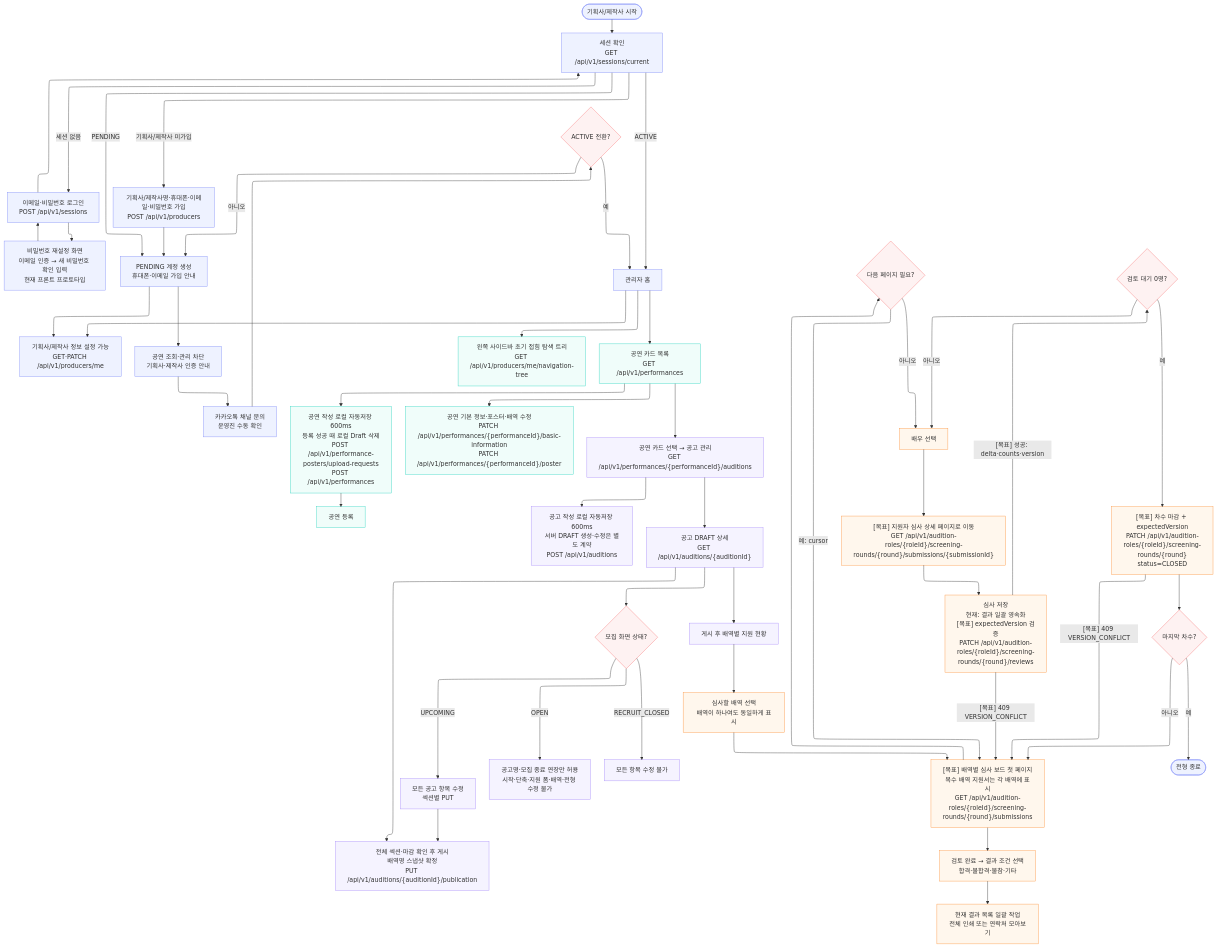
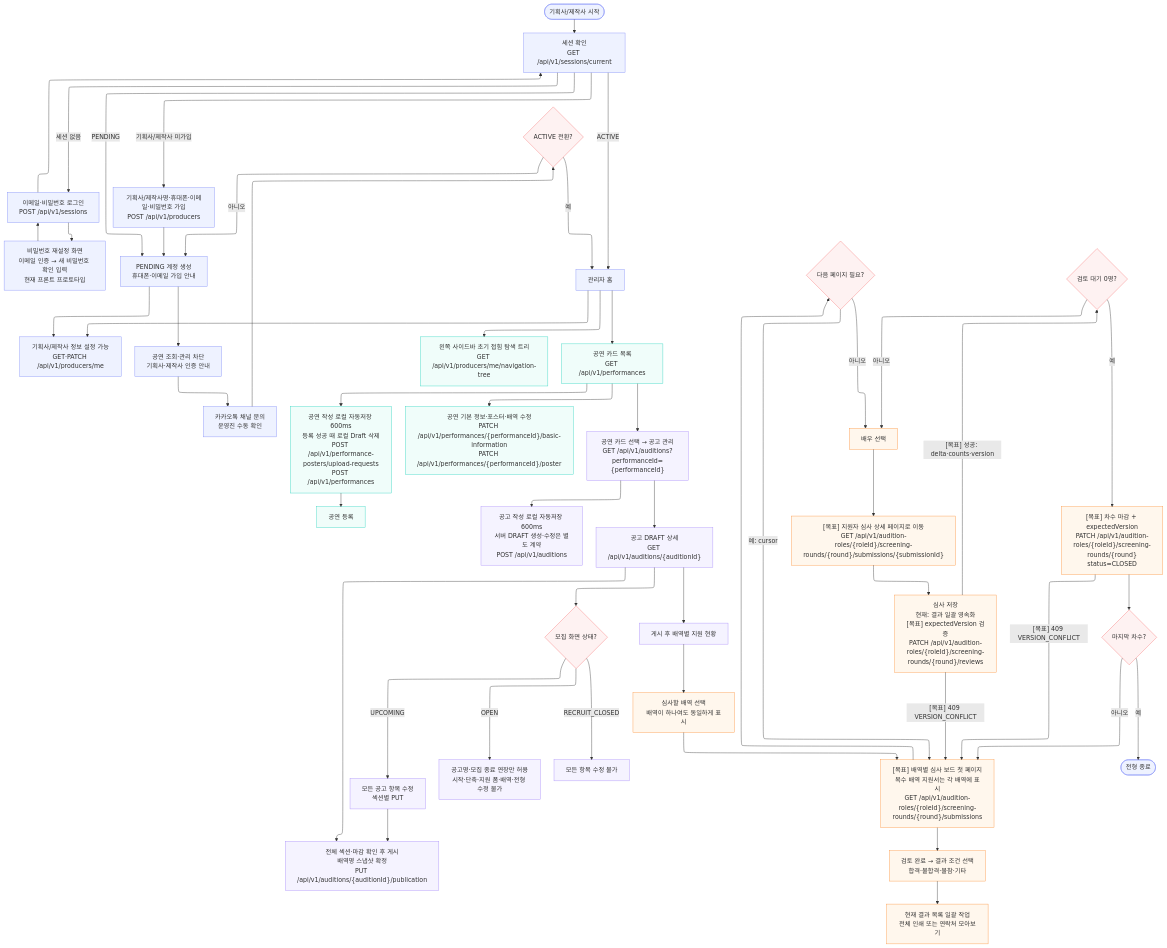
One commit to woowacourse-teams/2026-yesulin changed the diagram in docs/development/flows/producer.mmd. Above: the diagram before and after it, drawn with Mermaid. The commit also changed 6 other files, not shown here.

```diff
--- a/docs/development/flows/producer.mmd
+++ b/docs/development/flows/producer.mmd
@@ -1,57 +1,57 @@
 ---
 config:
   layout: elk
 ---
 flowchart TB
     START(["기획사/제작사 시작"]) --> SESSION["세션 확인<br>GET /api/v1/sessions/current"]
     SESSION -- 세션 없음 --> LOGIN["이메일·비밀번호 로그인<br>POST /api/v1/sessions"]
     LOGIN --> PASSWORD_RESET["비밀번호 재설정 화면<br>이메일 인증 → 새 비밀번호 확인 입력<br>현재 프론트 프로토타입"]
     PASSWORD_RESET --> LOGIN
     LOGIN --> SESSION
     SESSION -- 기획사/제작사 미가입 --> SIGNUP["기획사/제작사명·휴대폰·이메일·비밀번호 가입<br>POST /api/v1/producers"]
     SIGNUP --> PENDING["PENDING 계정 생성<br>휴대폰·이메일 가입 안내"]
     SESSION -- PENDING --> PENDING
     PENDING --> PROFILE["기획사/제작사 정보 설정 가능<br>GET·PATCH /api/v1/producers/me"]
     PENDING --> BLOCKED["공연 조회·관리 차단<br>기획사·제작사 인증 안내"]
     BLOCKED --> CONTACT["카카오톡 채널 문의<br>운영진 수동 확인"]
     CONTACT --> ACTIVE{"ACTIVE 전환?"}
     ACTIVE -- 아니오 --> PENDING
     ACTIVE -- 예 --> HOME["관리자 홈"]
     SESSION -- ACTIVE --> HOME
     HOME --> NAV["왼쪽 사이드바 초기 접힘 탐색 트리<br>GET /api/v1/producers/me/navigation-tree"] & PROFILE & PERF["공연 카드 목록<br>GET /api/v1/performances"]
-    PERF --> NEW_PERF["공연 작성 로컬 자동저장 600ms<br>등록 성공 때 로컬 Draft 삭제<br>POST /api/v1/performance-posters/upload-requests<br>POST /api/v1/performances"] & EDIT_PERF["공연 기본 정보·포스터·배역 수정<br>PATCH /api/v1/performances/{performanceId}/basic-information<br>PATCH /api/v1/performances/{performanceId}/poster"] & POSTINGS["공연 카드 선택 → 공고 관리<br>GET /api/v1/performances/{performanceId}/auditions"]
+    PERF --> NEW_PERF["공연 작성 로컬 자동저장 600ms<br>등록 성공 때 로컬 Draft 삭제<br>POST /api/v1/performance-posters/upload-requests<br>POST /api/v1/performances"] & EDIT_PERF["공연 기본 정보·포스터·배역 수정<br>PATCH /api/v1/performances/{performanceId}/basic-information<br>PATCH /api/v1/performances/{performanceId}/poster"] & POSTINGS["공연 카드 선택 → 공고 관리<br>GET /api/v1/auditions?performanceId={performanceId}"]
     NEW_PERF --> CREATE_PERF["공연 등록"]
     POSTINGS --> CREATE_POSTING["공고 작성 로컬 자동저장 600ms<br>서버 DRAFT 생성·수정은 별도 계약<br>POST /api/v1/auditions"] & POSTING_DETAIL["공고 DRAFT 상세<br>GET /api/v1/auditions/{auditionId}"]
     POSTING_DETAIL --> EDIT_POLICY{"모집 화면 상태?"} & PUBLISH["전체 섹션·마감 확인 후 게시<br>배역명 스냅샷 확정<br>PUT /api/v1/auditions/{auditionId}/publication"] & ROLES["게시 후 배역별 지원 현황"]
     EDIT_POLICY -- UPCOMING --> EDIT_POSTING["모든 공고 항목 수정<br>섹션별 PUT"]
     EDIT_POLICY -- OPEN --> EDIT_OPEN["공고명·모집 종료 연장만 허용<br>시작·단축·지원 폼·배역·전형 수정 불가"]
     EDIT_POLICY -- RECRUIT_CLOSED --> EDIT_BLOCKED["모든 항목 수정 불가"]
     EDIT_POSTING --> PUBLISH
     ROLES --> CHOOSE_ROLE["심사할 배역 선택<br>배역이 하나여도 동일하게 표시"]
     CHOOSE_ROLE --> BOARD["[목표] 배역별 심사 보드 첫 페이지<br>복수 배역 지원서는 각 배역에 표시<br>GET /api/v1/audition-roles/{roleId}/screening-rounds/{round}/submissions"]
     BOARD --> RESULT_FILTER["검토 완료 → 결과 조건 선택<br>합격·불합격·불참·기타"]
     RESULT_FILTER --> GROUP_ACTION["현재 결과 목록 일괄 작업<br>전체 인쇄 또는 연락처 모아보기"]
     BOARD --> MORE{"다음 페이지 필요?"}
     MORE -- 예: cursor --> BOARD
     MORE -- 아니오 --> SELECT["배우 선택"]
     SELECT --> APP_DETAIL["[목표] 지원자 심사 상세 페이지로 이동<br>GET /api/v1/audition-roles/{roleId}/screening-rounds/{round}/submissions/{submissionId}"]
     APP_DETAIL --> REVIEW["심사 저장<br>현재: 결과 일괄 영속화<br>[목표] expectedVersion 검증<br>PATCH /api/v1/audition-roles/{roleId}/screening-rounds/{round}/reviews"]
     REVIEW -- "[목표] 409 VERSION_CONFLICT" --> BOARD
     REVIEW -- "[목표] 성공: delta·counts·version" --> DONE{"검토 대기 0명?"}
     DONE -- 아니오 --> SELECT
     DONE -- 예 --> CLOSE["[목표] 차수 마감 + expectedVersion<br>PATCH /api/v1/audition-roles/{roleId}/screening-rounds/{round}<br>status=CLOSED"]
     CLOSE -- "[목표] 409 VERSION_CONFLICT" --> BOARD
     CLOSE --> LAST{"마지막 차수?"}
     LAST -- 아니오 --> BOARD
     LAST -- 예 --> FINISH(["전형 종료"])
 
     classDef authNode stroke:#818cf8,fill:#eef2ff
     classDef perfNode stroke:#2dd4bf,fill:#f0fdfa
     classDef postingNode stroke:#a78bfa,fill:#f5f3ff
     classDef screeningNode stroke:#fb923c,fill:#fff7ed
     classDef decisionNode stroke:#f87171,fill:#fef2f2
     class START,SESSION,LOGIN,PASSWORD_RESET,SIGNUP,PENDING,PROFILE,BLOCKED,CONTACT,HOME,FINISH authNode
     class ACTIVE,MORE,DONE,LAST,EDIT_POLICY decisionNode
     class NAV,PERF,NEW_PERF,EDIT_PERF,CREATE_PERF perfNode
     class POSTINGS,CREATE_POSTING,POSTING_DETAIL,EDIT_POSTING,EDIT_OPEN,EDIT_BLOCKED,PUBLISH,ROLES postingNode
     class BOARD,CHOOSE_ROLE,RESULT_FILTER,GROUP_ACTION,SELECT,APP_DETAIL,REVIEW,CLOSE screeningNode
```
